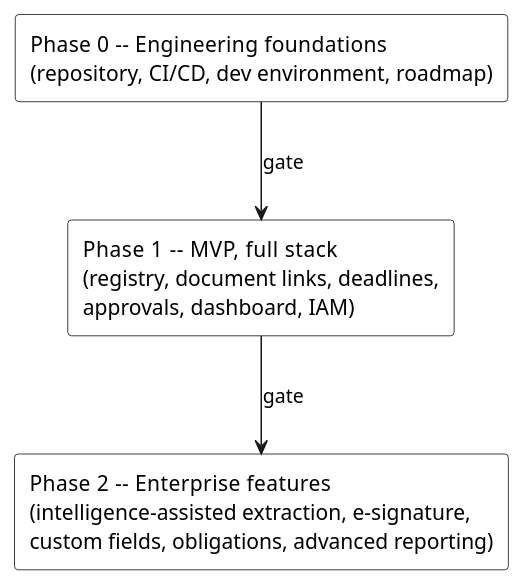
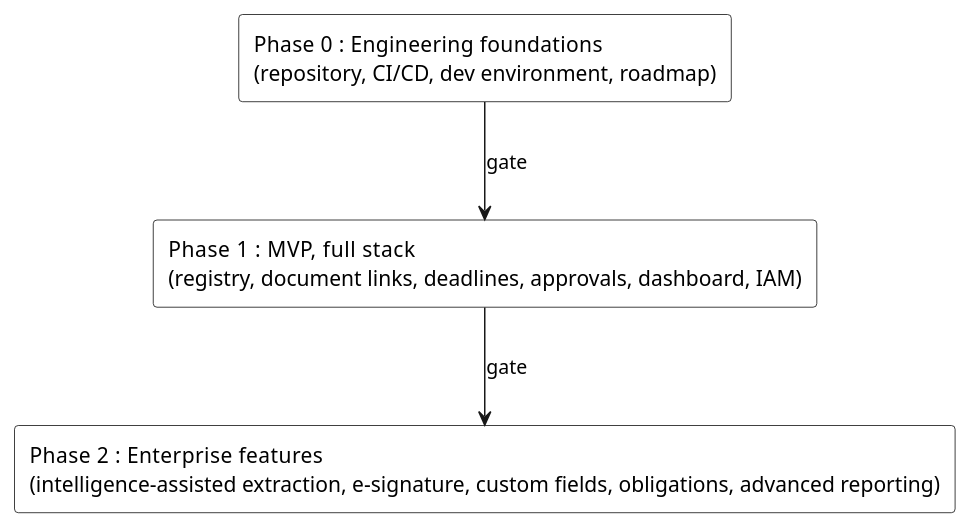
The diagram in report/Chapter1/figures/release-train.puml (idris-saddi/pfe-report), drawn with PlantUML before and after one commit. The commit also changed 3 other files, not shown here.

Commit message:
refactor: adjust figure sizes and improve phase descriptions for clarity

```diff
--- a/report/Chapter1/figures/release-train.puml
+++ b/report/Chapter1/figures/release-train.puml
@@ -1,26 +1,26 @@
 @startuml release-train
 '==============================================================================
 ' Figure (Chapter I): the release-train delivery model.
 ' Three scope-sized PRODUCT phases with absolute gates (all realised).
 ' The former fourth block (planned engineering work on the event-sourced
 ' system) was removed 2026-08-04 with the retirement of Chapter V -- that
 ' work is now perspectives-only, in the general conclusion. From the
 ' methodology section (release-train delivery).
 ' Render:  plantuml -tsvg release-train.puml  then  rsvg-convert -f pdf
 '==============================================================================
 skinparam shadowing false
 skinparam defaultFontName Helvetica
 skinparam componentStyle rectangle
 skinparam rectangle {
   BorderColor Black
   BackgroundColor White
 }
 
-rectangle "Phase 0  --  Engineering foundations\n(repository, CI/CD, dev environment, roadmap)" as p0
-rectangle "Phase 1  --  MVP, full stack\n(registry, document links, deadlines,\napprovals, dashboard, IAM)" as p1
-rectangle "Phase 2  --  Enterprise features\n(intelligence-assisted extraction, e-signature,\ncustom fields, obligations, advanced reporting)" as p2
+rectangle "Phase 0  :  Engineering foundations\n(repository, CI/CD, dev environment, roadmap)" as p0
+rectangle "Phase 1  :  MVP, full stack\n(registry, document links, deadlines, approvals, dashboard, IAM)" as p1
+rectangle "Phase 2  :  Enterprise features\n(intelligence-assisted extraction, e-signature, custom fields, obligations, advanced reporting)" as p2
 
 p0 --> p1 : gate
 p1 --> p2 : gate
 
 @enduml
```
